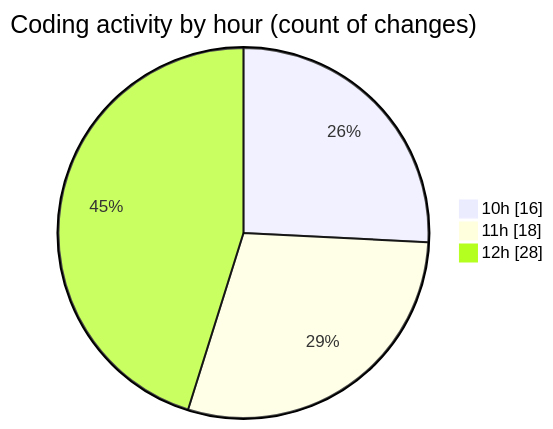
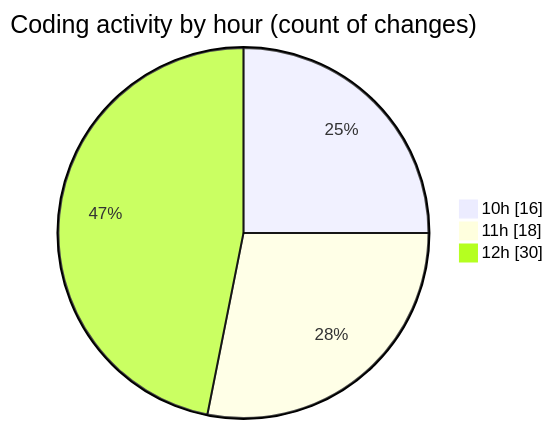
Before and after one commit to momahboobian/code-tracking: the second of 2 diagrams in 2026-05-06/cda/README.md, drawn with Mermaid. The commit also changed other lines of this file and 1 other file, not shown here.

````diff
--- a/2026-05-06/cda/README.md
+++ b/2026-05-06/cda/README.md
@@ -49,7 +49,7 @@
 ```mermaid
 pie showData
 title Coding activity by hour (count of changes)
 "10h" : 16
 "11h" : 18
-"12h" : 28
+"12h" : 30
 ```
````
